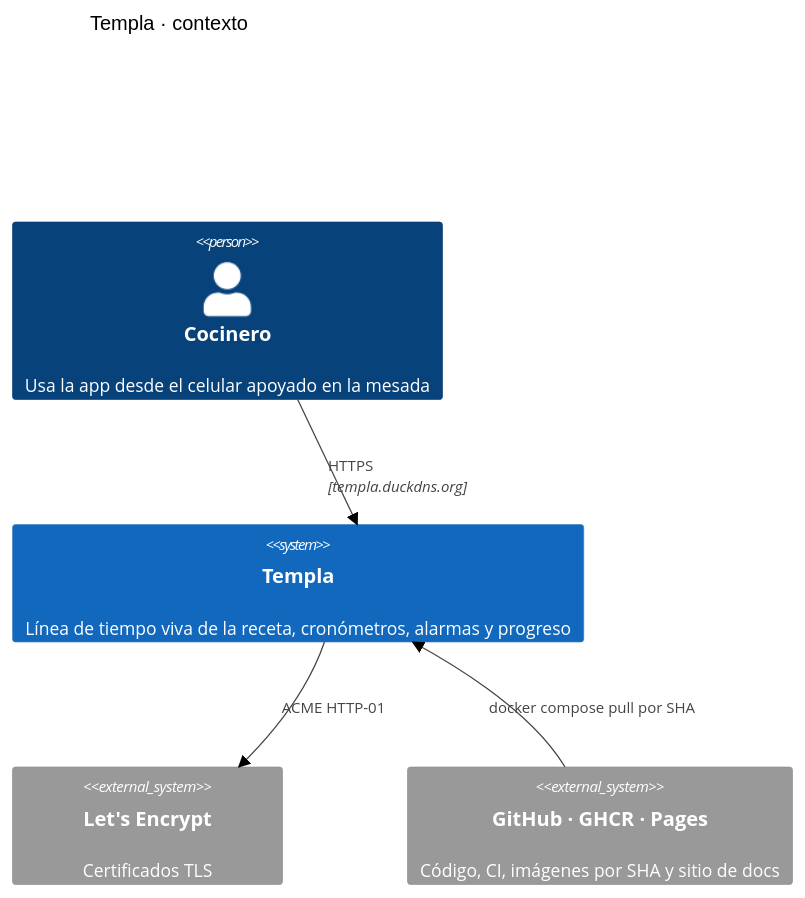
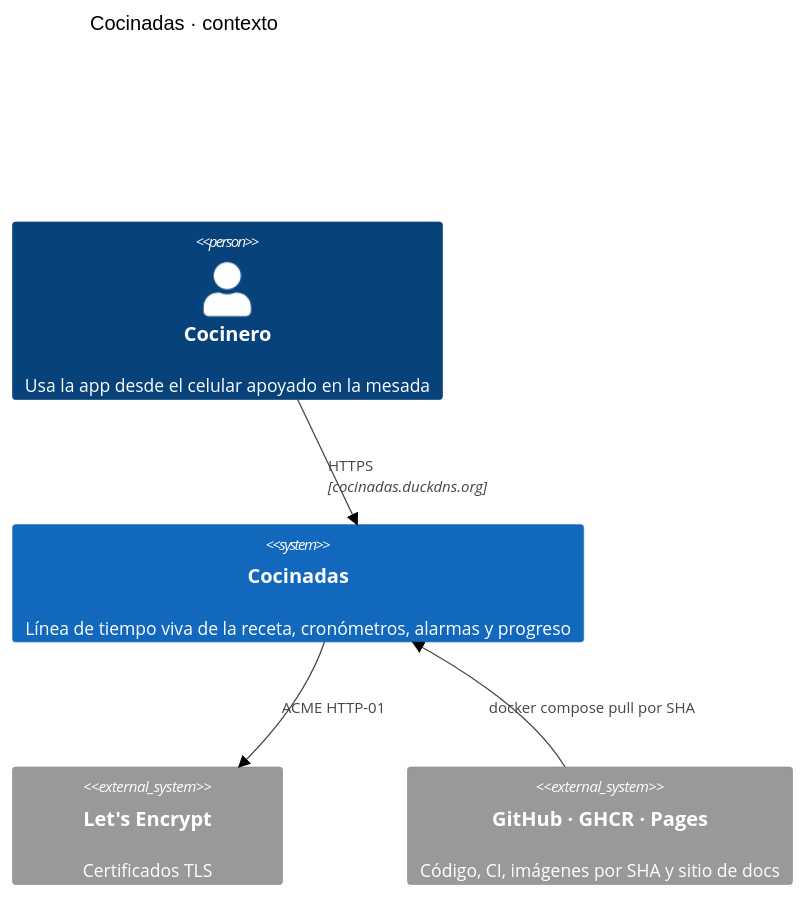
One commit to carlos-illobre/cocinadas changed the first of 4 diagrams in docs/ARCHITECTURE.md. Above: the diagram before and after it, drawn with Mermaid (forest theme). The commit also changed other lines of this file and 33 other files, not shown here.

````diff
--- a/docs/ARCHITECTURE.md
+++ b/docs/ARCHITECTURE.md
@@ -11,11 +11,11 @@
 ```mermaid
 C4Context
-  title Templa · contexto
+  title Cocinadas · contexto
   Person(cocinero, "Cocinero", "Usa la app desde el celular apoyado en la mesada")
-  System(templa, "Templa", "Línea de tiempo viva de la receta, cronómetros, alarmas y progreso")
+  System(cocinadas, "Cocinadas", "Línea de tiempo viva de la receta, cronómetros, alarmas y progreso")
   System_Ext(letsencrypt, "Let's Encrypt", "Certificados TLS")
   System_Ext(ghcr, "GitHub · GHCR · Pages", "Código, CI, imágenes por SHA y sitio de docs")
-  Rel(cocinero, templa, "HTTPS", "templa.duckdns.org")
-  Rel(templa, letsencrypt, "ACME HTTP-01")
-  Rel(ghcr, templa, "docker compose pull por SHA")
+  Rel(cocinero, cocinadas, "HTTPS", "cocinadas.duckdns.org")
+  Rel(cocinadas, letsencrypt, "ACME HTTP-01")
+  Rel(ghcr, cocinadas, "docker compose pull por SHA")
 ```
````
